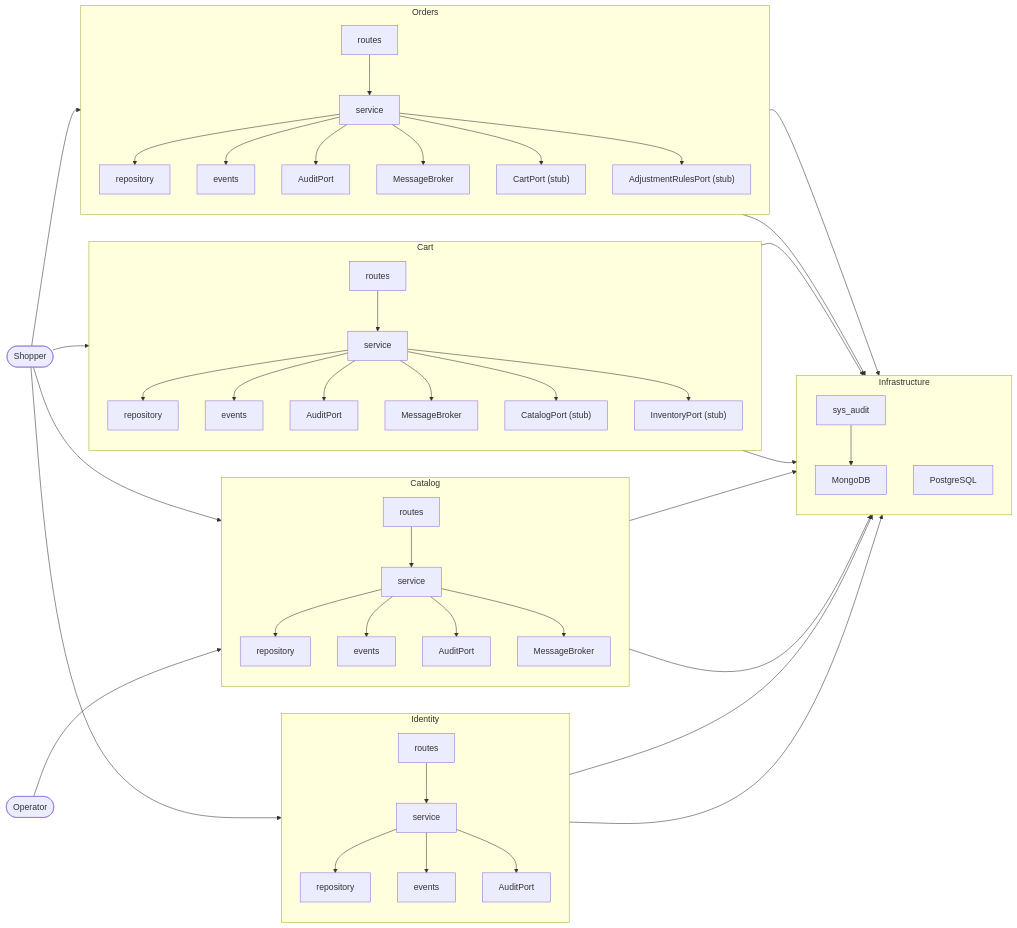
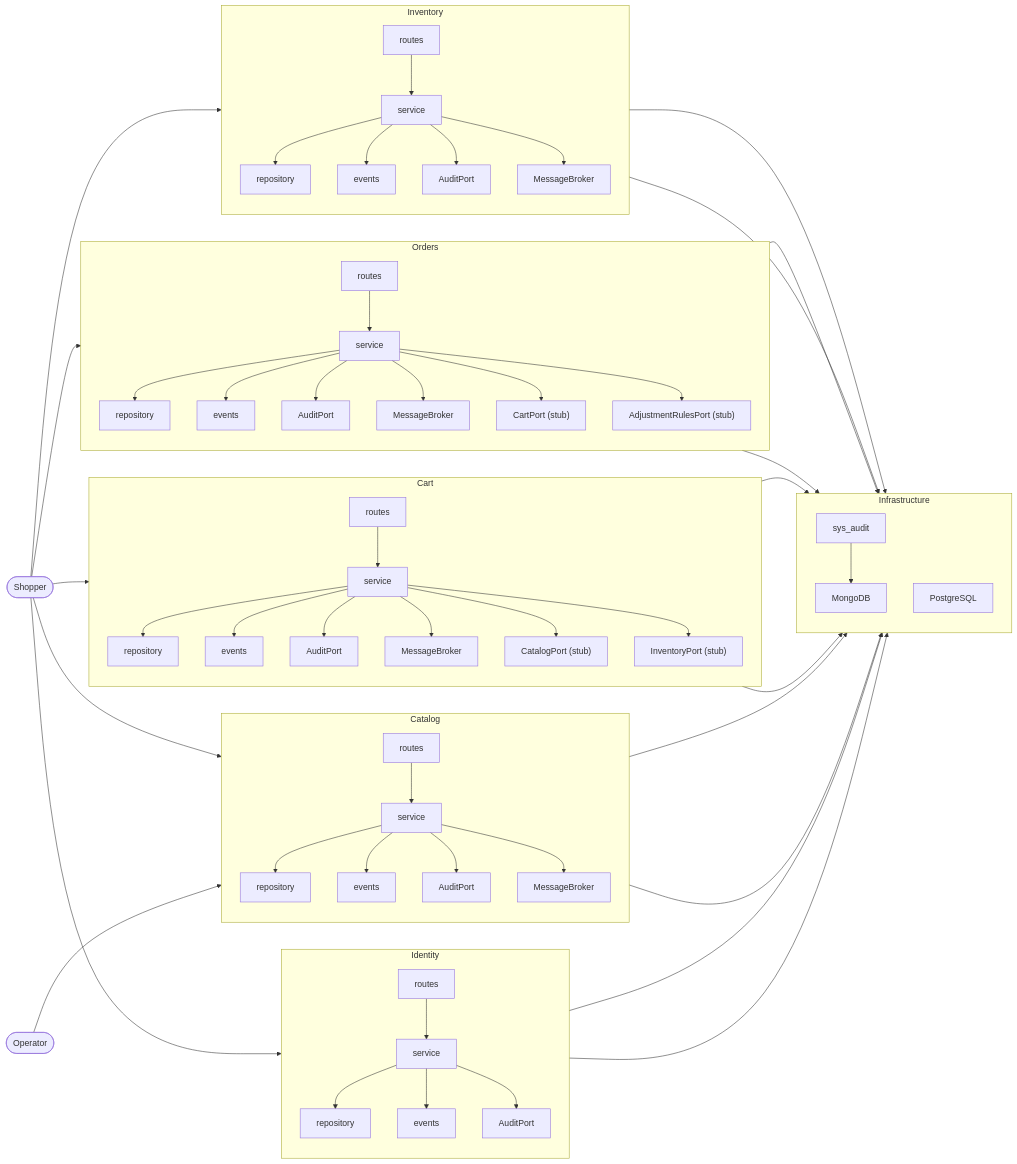
Before and after one commit to camercadop/ai-commerce-platform: the third of 3 diagrams in docs/architecture.md, drawn with Mermaid. The commit also changed other lines of this file and 38 other files, not shown here.

````diff
--- a/docs/architecture.md
+++ b/docs/architecture.md
@@ -75,66 +79,78 @@
 ```mermaid
 flowchart LR
     shopper(["Shopper"])
     operator(["Operator"])
 
     subgraph identity ["Identity"]
         direction TB
         id_routes["routes"] --> id_service["service"]
         id_service --> id_repo["repository"]
         id_service --> id_events["events"]
         id_service --> id_audit["AuditPort"]
     end
 
     subgraph catalog ["Catalog"]
         direction TB
         cat_routes["routes"] --> cat_service["service"]
         cat_service --> cat_repo["repository"]
         cat_service --> cat_events["events"]
         cat_service --> cat_audit["AuditPort"]
         cat_service --> cat_broker["MessageBroker"]
     end
 
     subgraph cart ["Cart"]
         direction TB
         cart_routes["routes"] --> cart_service["service"]
         cart_service --> cart_repo["repository"]
         cart_service --> cart_events["events"]
         cart_service --> cart_audit["AuditPort"]
         cart_service --> cart_broker["MessageBroker"]
         cart_service --> cart_catalog["CatalogPort (stub)"]
         cart_service --> cart_inventory["InventoryPort (stub)"]
     end
 
     subgraph orders ["Orders"]
         direction TB
         ord_routes["routes"] --> ord_service["service"]
         ord_service --> ord_repo["repository"]
         ord_service --> ord_events["events"]
         ord_service --> ord_audit["AuditPort"]
         ord_service --> ord_broker["MessageBroker"]
         ord_service --> ord_cart["CartPort (stub)"]
         ord_service --> ord_adj["AdjustmentRulesPort (stub)"]
     end
 
+    subgraph inventory ["Inventory"]
+        direction TB
+        inv_routes["routes"] --> inv_service["service"]
+        inv_service --> inv_repo["repository"]
+        inv_service --> inv_events["events"]
+        inv_service --> inv_audit["AuditPort"]
+        inv_service --> inv_broker["MessageBroker"]
+    end
+
     subgraph infra ["Infrastructure"]
         direction TB
         sys_audit["sys_audit"] --> mongo["MongoDB"]
         postgres["PostgreSQL"]
     end
 
     shopper --> id_routes
     shopper --> cat_routes
     shopper --> cart_routes
     shopper --> ord_routes
+    shopper --> inv_routes
     operator --> cat_routes
 
     id_audit --> sys_audit
     cat_audit --> sys_audit
     cart_audit --> sys_audit
     ord_audit --> sys_audit
+    inv_audit --> sys_audit
 
     id_repo --> postgres
     cat_repo --> postgres
     cart_repo --> postgres
     ord_repo --> postgres
+    inv_repo --> postgres
 ```
````
